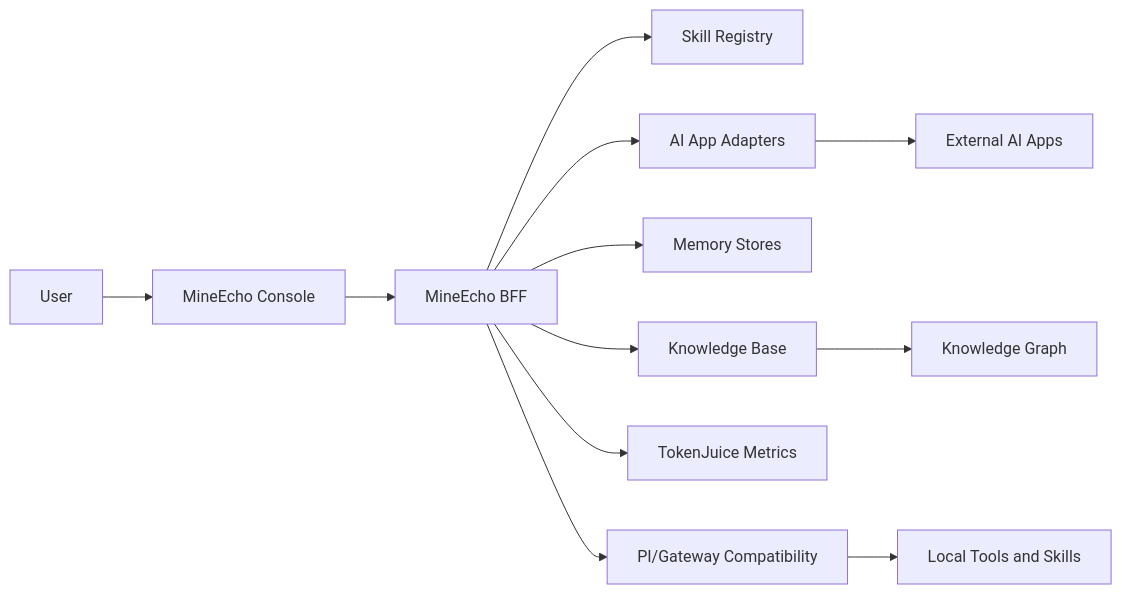
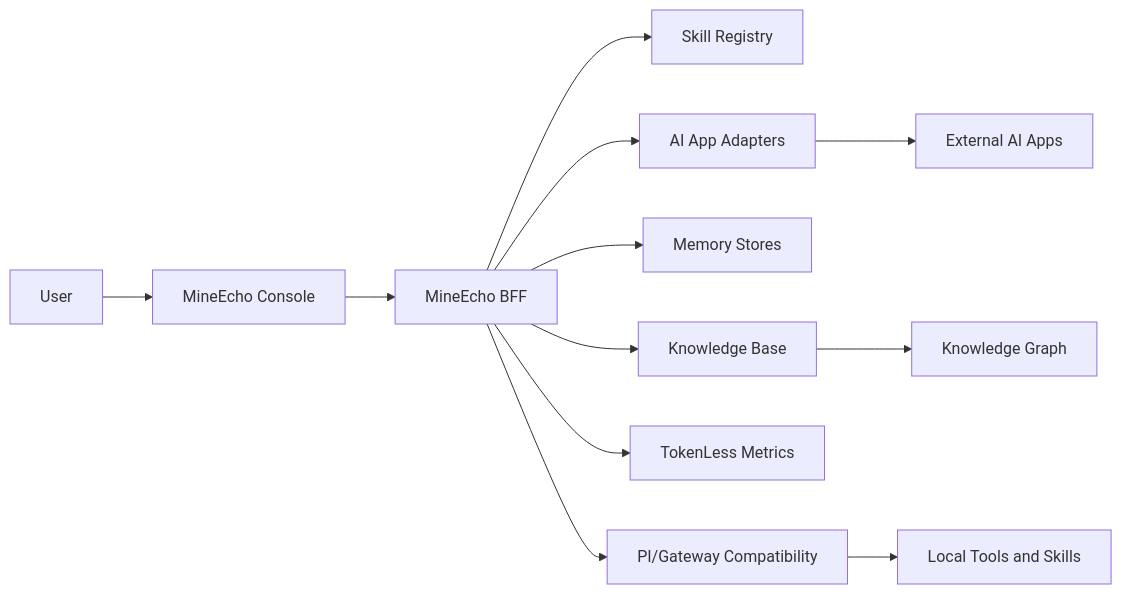
The diagram in docs/architecture.md (Health-Yang/MineEcho), drawn with Mermaid before and after one commit. The commit also changed other lines of this file and 28 other files, not shown here.

Commit message:
Rename cost controls to TokenLess

````diff
--- a/docs/architecture.md
+++ b/docs/architecture.md
@@ -7,14 +7,14 @@
 ```mermaid
 flowchart LR
   User[User] --> Console[MineEcho Console]
   Console --> BFF[MineEcho BFF]
   BFF --> Skills[Skill Registry]
   BFF --> Apps[AI App Adapters]
   BFF --> Memory[Memory Stores]
   BFF --> KB[Knowledge Base]
-  BFF --> Metrics[TokenJuice Metrics]
+  BFF --> Metrics[TokenLess Metrics]
   BFF --> Gateway[PI/Gateway Compatibility]
   Gateway --> Tools[Local Tools and Skills]
   Apps --> Providers[External AI Apps]
   KB --> Graph[Knowledge Graph]
 ```
````
